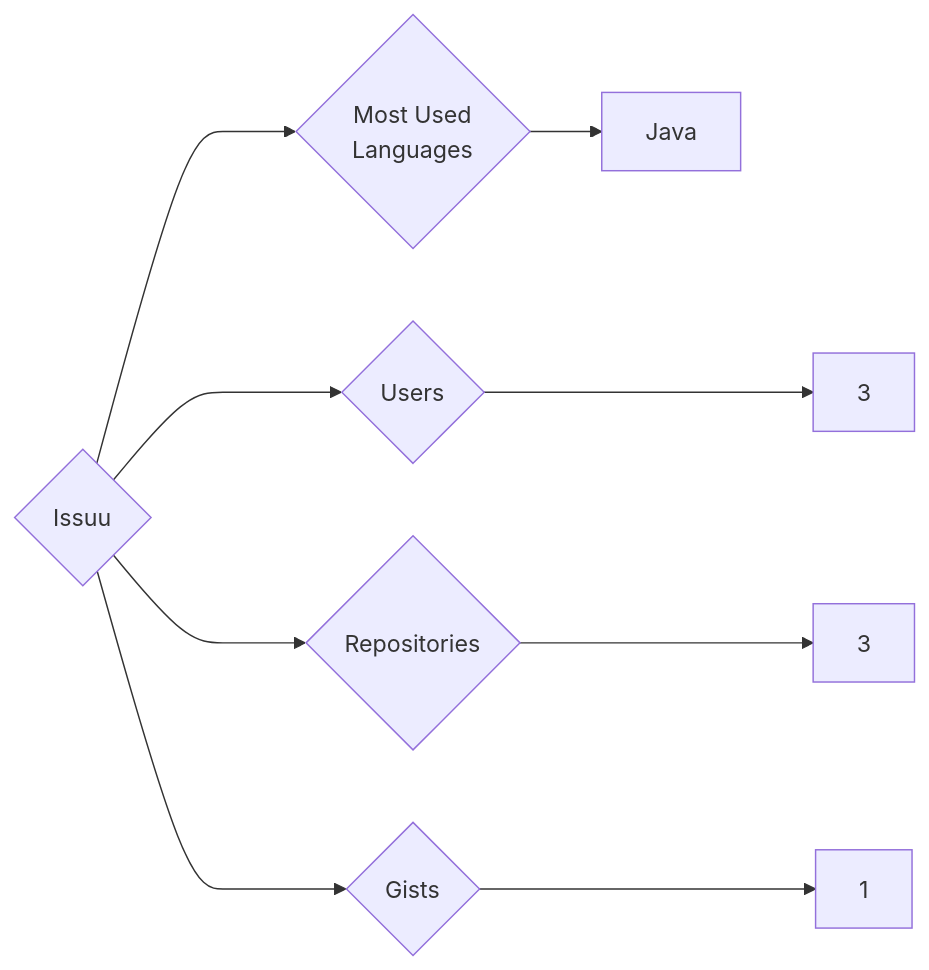
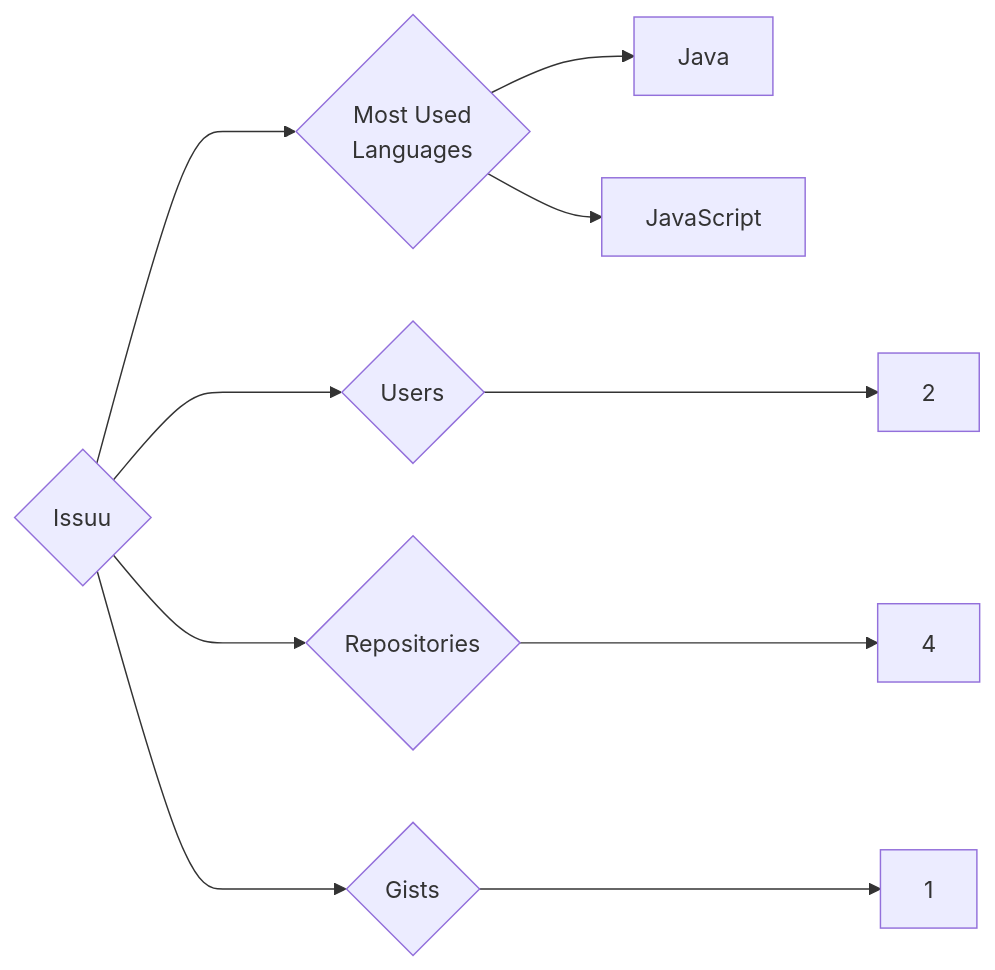
Before and after one commit to trickest/insiders: the diagram in targets/Issuu/README.md, drawn with Mermaid. The commit also changed 1088 other files, not shown here.

````diff
--- a/targets/Issuu/README.md
+++ b/targets/Issuu/README.md
@@ -3,9 +3,10 @@
 ```mermaid
 graph LR
 COMPANY_NAME{Issuu}
-COMPANY_NAME ---> U{Users} ---> UN[3]
-COMPANY_NAME ---> R{Repositories} ---> RN[3]
+COMPANY_NAME ---> U{Users} ---> UN[2]
+COMPANY_NAME ---> R{Repositories} ---> RN[4]
 COMPANY_NAME ---> G{Gists} ---> GN[1]
 COMPANY_NAME ---> ML{Most Used<br>Languages}
 ML --> Java[Java]
+ML --> JavaScript[JavaScript]
 ```
````
